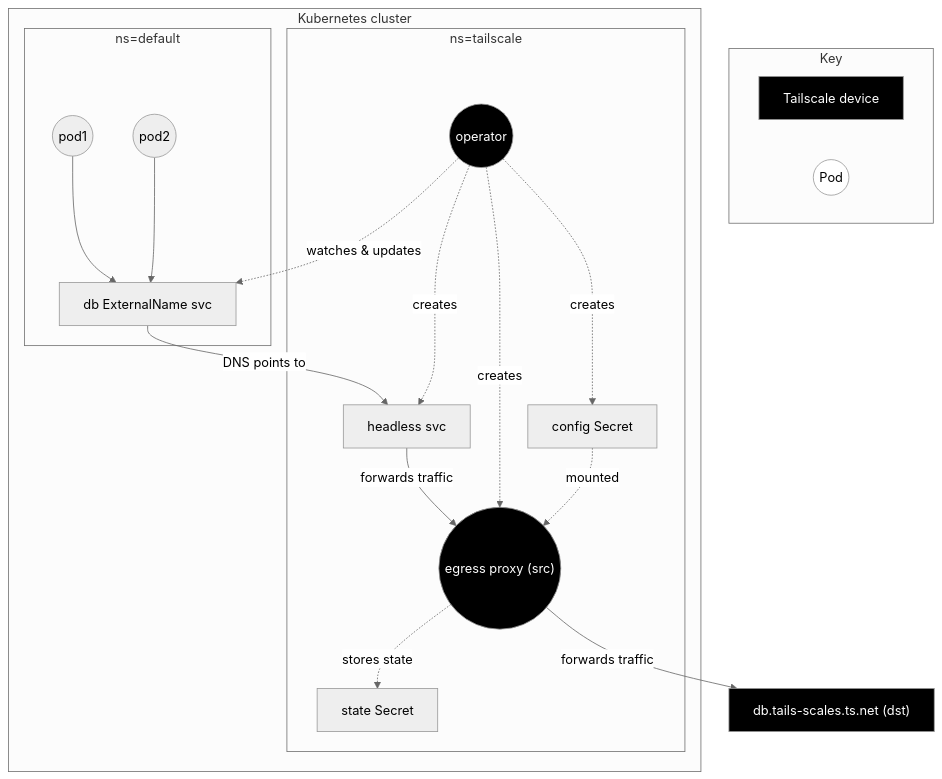
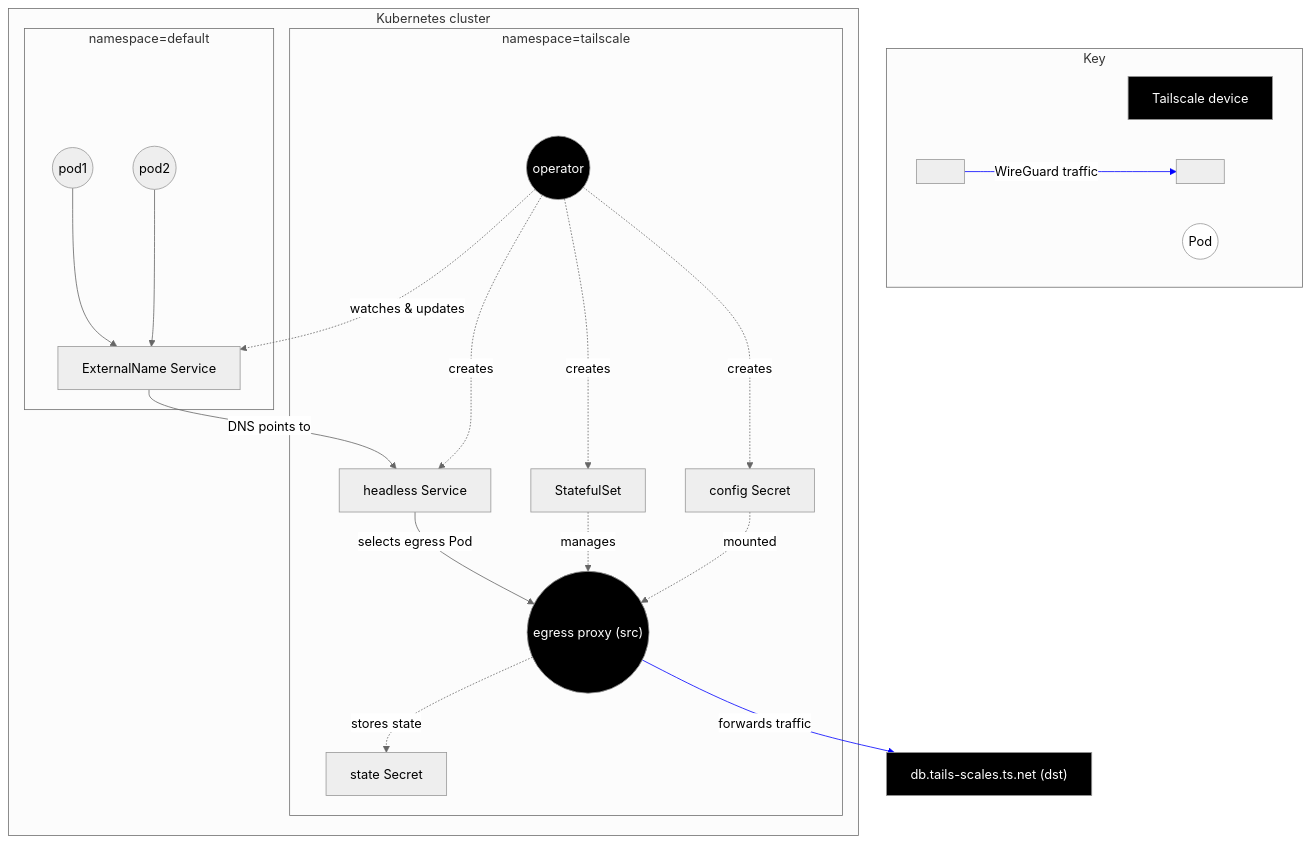
One commit to tailscale/tailscale changed the fourth of 7 diagrams in docs/k8s/operator-architecture.md. Above: the diagram before and after it, drawn with Mermaid. The commit also changed other lines of this file, not shown here.

````diff
--- a/docs/k8s/operator-architecture.md
+++ b/docs/k8s/operator-architecture.md
@@ -113,39 +187,45 @@
 ```mermaid
 %%{ init: { 'theme':'neutral' } }%%
 
 flowchart TD
     classDef tsnode color:#fff,fill:#000;
     classDef pod fill:#fff;
 
     subgraph Key
         ts[Tailscale device]:::tsnode
         pod((Pod)):::pod
+        hidden[" "]-->|WireGuard traffic|hidden2[" "]
     end
 
     subgraph k8s[Kubernetes cluster]
-        subgraph tailscale-ns[ns=tailscale]
+        subgraph tailscale-ns[namespace=tailscale]
             operator((operator)):::tsnode
             egress(("egress proxy (src)")):::tsnode
-            headless-svc[headless svc]
+            egress-sts["StatefulSet"]
+            headless-svc[headless Service]
             cfg-secret["config Secret"]
             state-secret["state Secret"]
         end
 
-        subgraph defaultns[ns=default]
-            svc[db ExternalName svc]
+        subgraph defaultns[namespace=default]
+            svc[ExternalName Service]
             pod1((pod1)) --> svc
             pod2((pod2)) --> svc
         end
     end
     node["db.tails-scales.ts.net (dst)"]:::tsnode
     svc -->|DNS points to| headless-svc
-    headless-svc -->|forwards traffic| egress
+    headless-svc -->|selects egress Pod| egress
     egress -->|forwards traffic| node
-    operator -.->|creates| egress
+    operator -.->|creates| egress-sts
+    egress-sts -.->|manages| egress
     operator -.->|creates| headless-svc
     operator -.->|creates| cfg-secret
     operator -.->|watches & updates| svc
     cfg-secret -.->|mounted| egress
     egress -.->|stores state| state-secret
 
+    linkStyle 0 stroke:blue;
+    linkStyle 5 stroke:blue;
+
 ```
````
